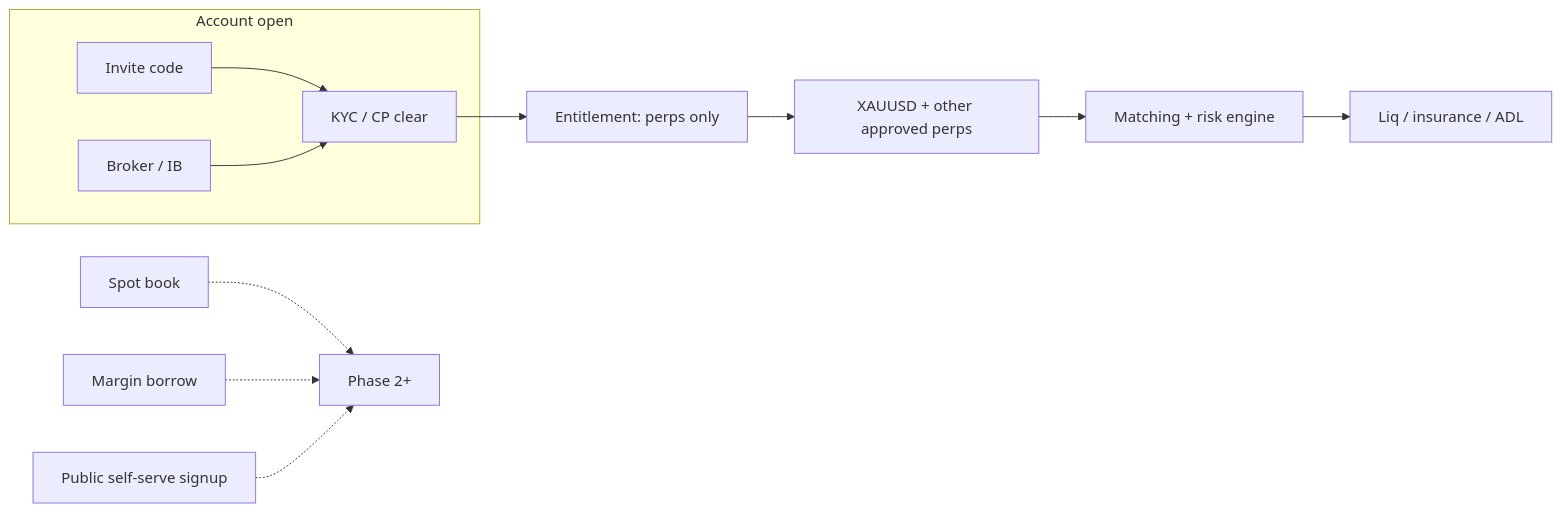
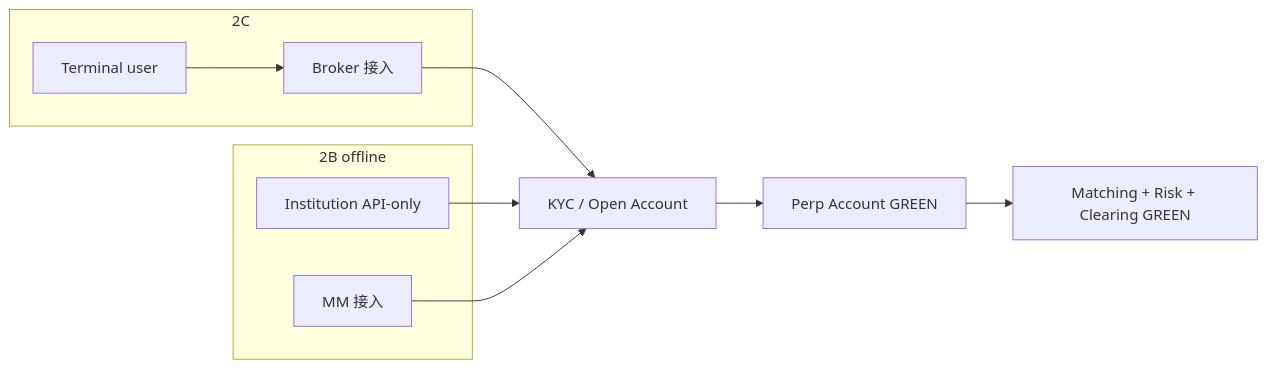
The second of 15 diagrams in docs/risk-handbook/en.md (hxyan2020/PRD), drawn with Mermaid before and after one commit. The commit also changed other lines of this file and 63 other files, not shown here.

First line of the commit message:
Align Phase 1 handbook with V-Exchange green scope

````diff
--- a/docs/risk-handbook/en.md
+++ b/docs/risk-handbook/en.md
@@ -48,14 +73,16 @@
 ```mermaid
 flowchart LR
-  subgraph access ["Account open"]
-    I["Invite code"] --> CP["KYC / CP clear"]
-    B["Broker / IB"] --> CP
+  subgraph b2c ["2C"]
+    U["Terminal user"] --> BR["Broker 接入"]
   end
-  CP --> E["Entitlement: perps only"]
-  E --> P["XAUUSD + other approved perps"]
-  P --> ME["Matching + risk engine"]
-  ME --> LIQ["Liq / insurance / ADL"]
-  Spot["Spot book"] -.-> P2["Phase 2+"]
-  Mar["Margin borrow"] -.-> P2
-  Pub["Public self-serve signup"] -.-> P2
+  subgraph b2b ["2B offline"]
+    BR
+    INST["Institution API-only"]
+    MM["MM 接入"]
+  end
+  BR --> KYC["KYC / Open Account"]
+  INST --> KYC
+  MM --> KYC
+  KYC --> PA["Perp Account GREEN"]
+  PA --> ME["Matching + Risk + Clearing GREEN"]
 ```
````
